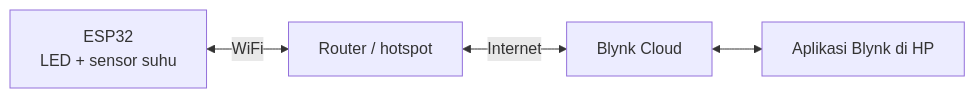
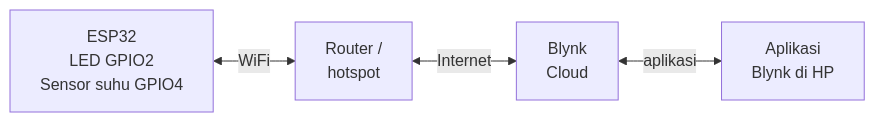
Before and after one commit to milanalfandiismail/IoT: the diagram in docs/diagrams/block-diagram-blynk.md, drawn with Mermaid. The commit also changed 1 other file, not shown here.

Commit message:
docs: rapikan block diagram Blynk

````diff
--- a/docs/diagrams/block-diagram-blynk.md
+++ b/docs/diagrams/block-diagram-blynk.md
@@ -3,6 +3,6 @@
 ```mermaid
 flowchart LR
-    ESP["ESP32<br/>LED + sensor suhu"] <-->|"WiFi"| RT["Router / hotspot"]
-    RT <-->|"Internet"| BL["Blynk Cloud"]
-    BL <--> APP["Aplikasi Blynk di HP"]
+    ESP["ESP32<br/>LED GPIO2<br/>Sensor suhu GPIO4"] <-->|"WiFi"| RT["Router /<br/>hotspot"]
+    RT <-->|"Internet"| BL["Blynk<br/>Cloud"]
+    BL <-->|"aplikasi"| APP["Aplikasi<br/>Blynk di HP"]
 ```
````
